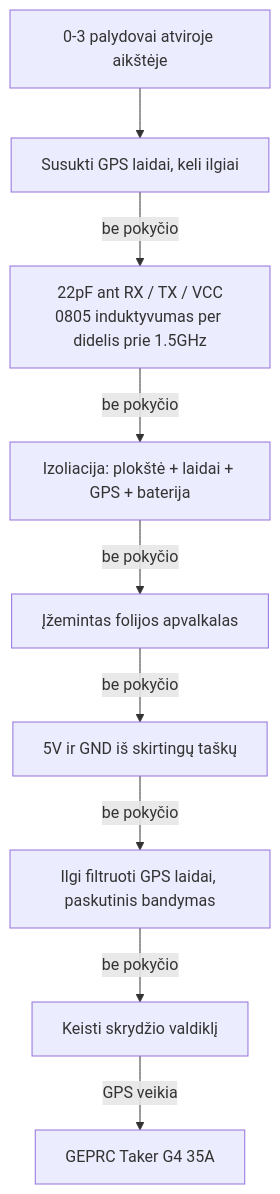
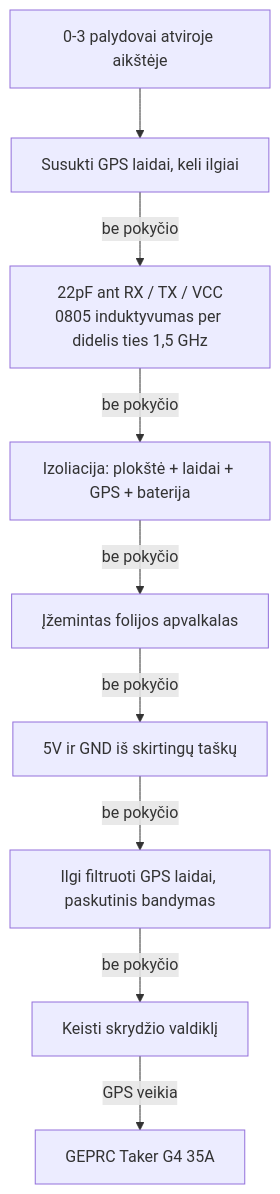
Before and after one commit to itohio/itohio.github.io: the diagram in blog/content/fpv/pavo20-taker-g4-gps-fix/index.lt.md, drawn with Mermaid. The commit also changed other lines of this file, not shown here.

````diff
--- a/blog/content/fpv/pavo20-taker-g4-gps-fix/index.lt.md
+++ b/blog/content/fpv/pavo20-taker-g4-gps-fix/index.lt.md
@@ -116,11 +115,11 @@
 ```mermaid
 flowchart TD
   P["0-3 palydovai atviroje aikštėje"] --> A["Susukti GPS laidai, keli ilgiai"]
-  A -->|be pokyčio| B["22pF ant RX / TX / VCC<br/>0805 induktyvumas per didelis prie 1.5GHz"]
+  A -->|be pokyčio| B["22pF ant RX / TX / VCC<br/>0805 induktyvumas per didelis ties 1,5 GHz"]
   B -->|be pokyčio| C["Izoliacija: plokštė + laidai + GPS + baterija"]
   C -->|be pokyčio| D["Įžemintas folijos apvalkalas"]
   D -->|be pokyčio| H["5V ir GND iš skirtingų taškų"]
   H -->|be pokyčio| E["Ilgi filtruoti GPS laidai, paskutinis bandymas"]
   E -->|be pokyčio| F["Keisti skrydžio valdiklį"]
   F -->|GPS veikia| G["GEPRC Taker G4 35A"]
 ```
````
